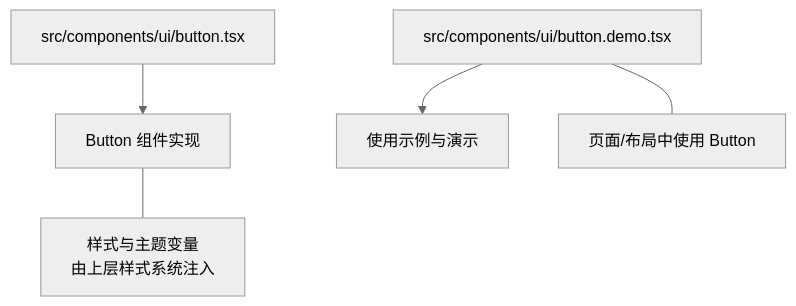
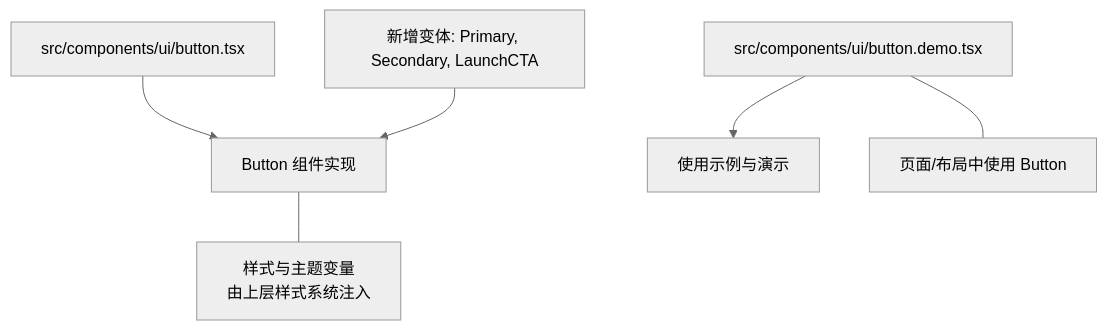
One commit to AIMFllyYS/code-video-canvas changed the first of 4 diagrams in .qoder/repowiki/zh/content/UI 组件库/基础组件/按钮组件.md. Above: the diagram before and after it, drawn with Mermaid (neutral theme). The commit also changed other lines of this file and 51 other files, not shown here.

````diff
--- a/.qoder/repowiki/zh/content/UI 组件库/基础组件/按钮组件.md
+++ b/.qoder/repowiki/zh/content/UI 组件库/基础组件/按钮组件.md
@@ -27,7 +36,8 @@
 ```mermaid
 graph TB
 A["src/components/ui/button.tsx"] --> B["Button 组件实现"]
 C["src/components/ui/button.demo.tsx"] --> D["使用示例与演示"]
 B --- E["样式与主题变量<br/>由上层样式系统注入"]
 C --- F["页面/布局中使用 Button"]
+G["新增变体: Primary, Secondary, LaunchCTA"] --> B
 ```
````
